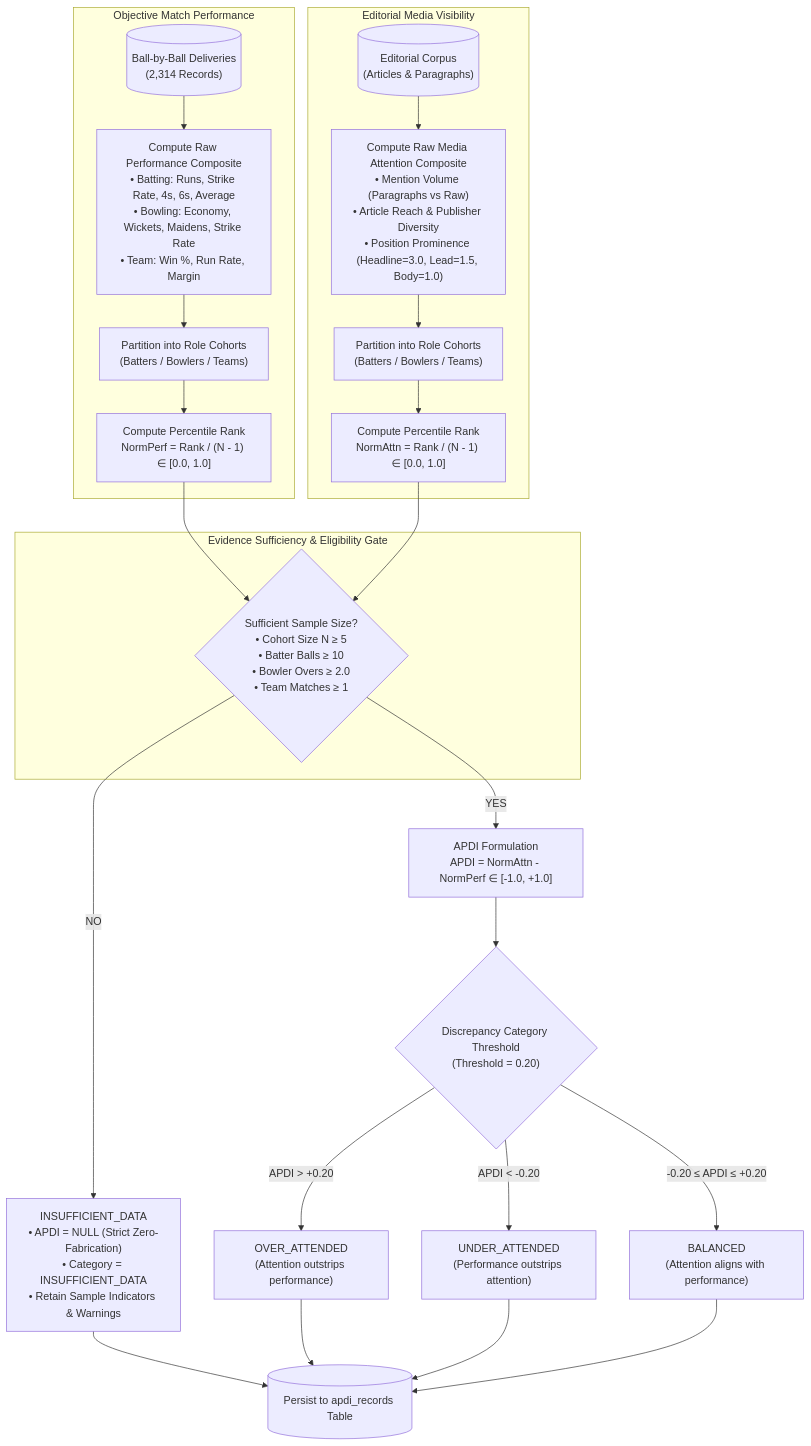
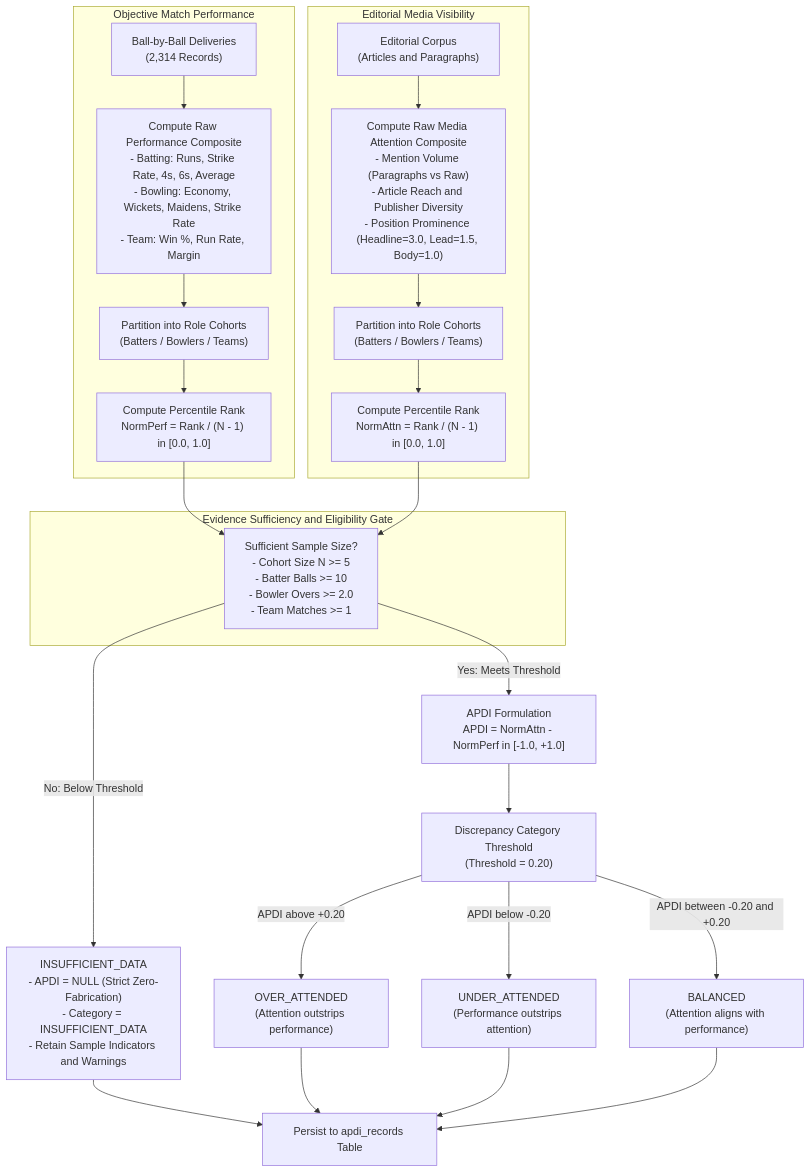
The fourth of 7 diagrams in README.md (Ritesh-panda/T20-Cricket-Intelligence-Platform), drawn with Mermaid before and after one commit. The commit also changed other lines of this file, not shown here.

Commit message:
docs(readme): fix GitHub Mermaid syntax errors across all architectural diagrams

````diff
--- a/README.md
+++ b/README.md
@@ -162,34 +162,34 @@
 ```mermaid
 flowchart TD
     subgraph PerfTrack["Objective Match Performance"]
-        DELIV[("Ball-by-Ball Deliveries\n(2,314 Records)")] --> CALC_P["Compute Raw Performance Composite\n• Batting: Runs, Strike Rate, 4s, 6s, Average\n• Bowling: Economy, Wickets, Maidens, Strike Rate\n• Team: Win %, Run Rate, Margin"]
-        CALC_P --> COHORT_P["Partition into Role Cohorts\n(Batters / Bowlers / Teams)"]
-        COHORT_P --> RANK_P["Compute Percentile Rank\nNormPerf = Rank / (N - 1) ∈ [0.0, 1.0]"]
+        DELIV["Ball-by-Ball Deliveries<br/>(2,314 Records)"] --> CALC_P["Compute Raw Performance Composite<br/>- Batting: Runs, Strike Rate, 4s, 6s, Average<br/>- Bowling: Economy, Wickets, Maidens, Strike Rate<br/>- Team: Win %, Run Rate, Margin"]
+        CALC_P --> COHORT_P["Partition into Role Cohorts<br/>(Batters / Bowlers / Teams)"]
+        COHORT_P --> RANK_P["Compute Percentile Rank<br/>NormPerf = Rank / (N - 1) in [0.0, 1.0]"]
     end
 
     subgraph AttnTrack["Editorial Media Visibility"]
-        TEXT[("Editorial Corpus\n(Articles & Paragraphs)")] --> CALC_A["Compute Raw Media Attention Composite\n• Mention Volume (Paragraphs vs Raw)\n• Article Reach & Publisher Diversity\n• Position Prominence (Headline=3.0, Lead=1.5, Body=1.0)"]
-        CALC_A --> COHORT_A["Partition into Role Cohorts\n(Batters / Bowlers / Teams)"]
-        COHORT_A --> RANK_A["Compute Percentile Rank\nNormAttn = Rank / (N - 1) ∈ [0.0, 1.0]"]
+        TEXT["Editorial Corpus<br/>(Articles and Paragraphs)"] --> CALC_A["Compute Raw Media Attention Composite<br/>- Mention Volume (Paragraphs vs Raw)<br/>- Article Reach and Publisher Diversity<br/>- Position Prominence (Headline=3.0, Lead=1.5, Body=1.0)"]
+        CALC_A --> COHORT_A["Partition into Role Cohorts<br/>(Batters / Bowlers / Teams)"]
+        COHORT_A --> RANK_A["Compute Percentile Rank<br/>NormAttn = Rank / (N - 1) in [0.0, 1.0]"]
     end
 
-    subgraph QualityGate["Evidence Sufficiency & Eligibility Gate"]
-        SAMPLE{"Sufficient Sample Size?\n• Cohort Size N ≥ 5\n• Batter Balls ≥ 10\n• Bowler Overs ≥ 2.0\n• Team Matches ≥ 1"}
+    subgraph QualityGate["Evidence Sufficiency and Eligibility Gate"]
+        SAMPLE["Sufficient Sample Size?<br/>- Cohort Size N >= 5<br/>- Batter Balls >= 10<br/>- Bowler Overs >= 2.0<br/>- Team Matches >= 1"]
     end
 
     RANK_P --> SAMPLE
     RANK_A --> SAMPLE
 
-    SAMPLE -- "NO" --> INSUF["INSUFFICIENT_DATA\n• APDI = NULL (Strict Zero-Fabrication)\n• Category = INSUFFICIENT_DATA\n• Retain Sample Indicators & Warnings"]
-    SAMPLE -- "YES" --> FORMULA["APDI Formulation\nAPDI = NormAttn - NormPerf ∈ [-1.0, +1.0]"]
+    SAMPLE -->|No: Below Threshold| INSUF["INSUFFICIENT_DATA<br/>- APDI = NULL (Strict Zero-Fabrication)<br/>- Category = INSUFFICIENT_DATA<br/>- Retain Sample Indicators and Warnings"]
+    SAMPLE -->|Yes: Meets Threshold| FORMULA["APDI Formulation<br/>APDI = NormAttn - NormPerf in [-1.0, +1.0]"]
 
-    FORMULA --> CLASSIFY{"Discrepancy Category Threshold\n(Threshold = 0.20)"}
-    CLASSIFY -- "APDI > +0.20" --> OVER["OVER_ATTENDED\n(Attention outstrips performance)"]
-    CLASSIFY -- "APDI < -0.20" --> UNDER["UNDER_ATTENDED\n(Performance outstrips attention)"]
-    CLASSIFY -- "-0.20 ≤ APDI ≤ +0.20" --> BAL["BALANCED\n(Attention aligns with performance)"]
+    FORMULA --> CLASSIFY["Discrepancy Category Threshold<br/>(Threshold = 0.20)"]
+    CLASSIFY -->|APDI above +0.20| OVER["OVER_ATTENDED<br/>(Attention outstrips performance)"]
+    CLASSIFY -->|APDI below -0.20| UNDER["UNDER_ATTENDED<br/>(Performance outstrips attention)"]
+    CLASSIFY -->|APDI between -0.20 and +0.20| BAL["BALANCED<br/>(Attention aligns with performance)"]
 
-    INSUF --> PERSIST[("Persist to apdi_records Table")]
+    INSUF --> PERSIST["Persist to apdi_records Table"]
     OVER --> PERSIST
     UNDER --> PERSIST
     BAL --> PERSIST
 ```
````
